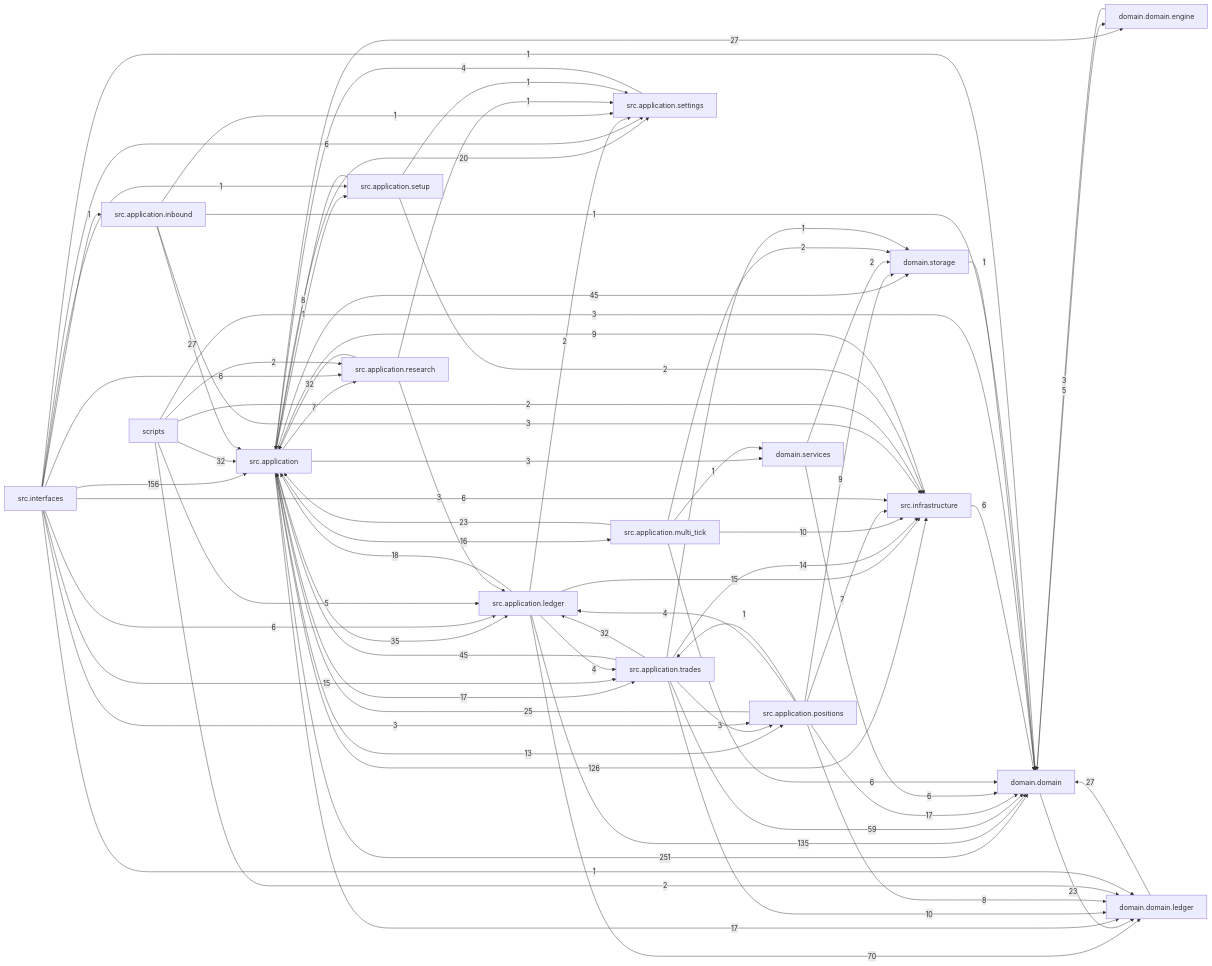
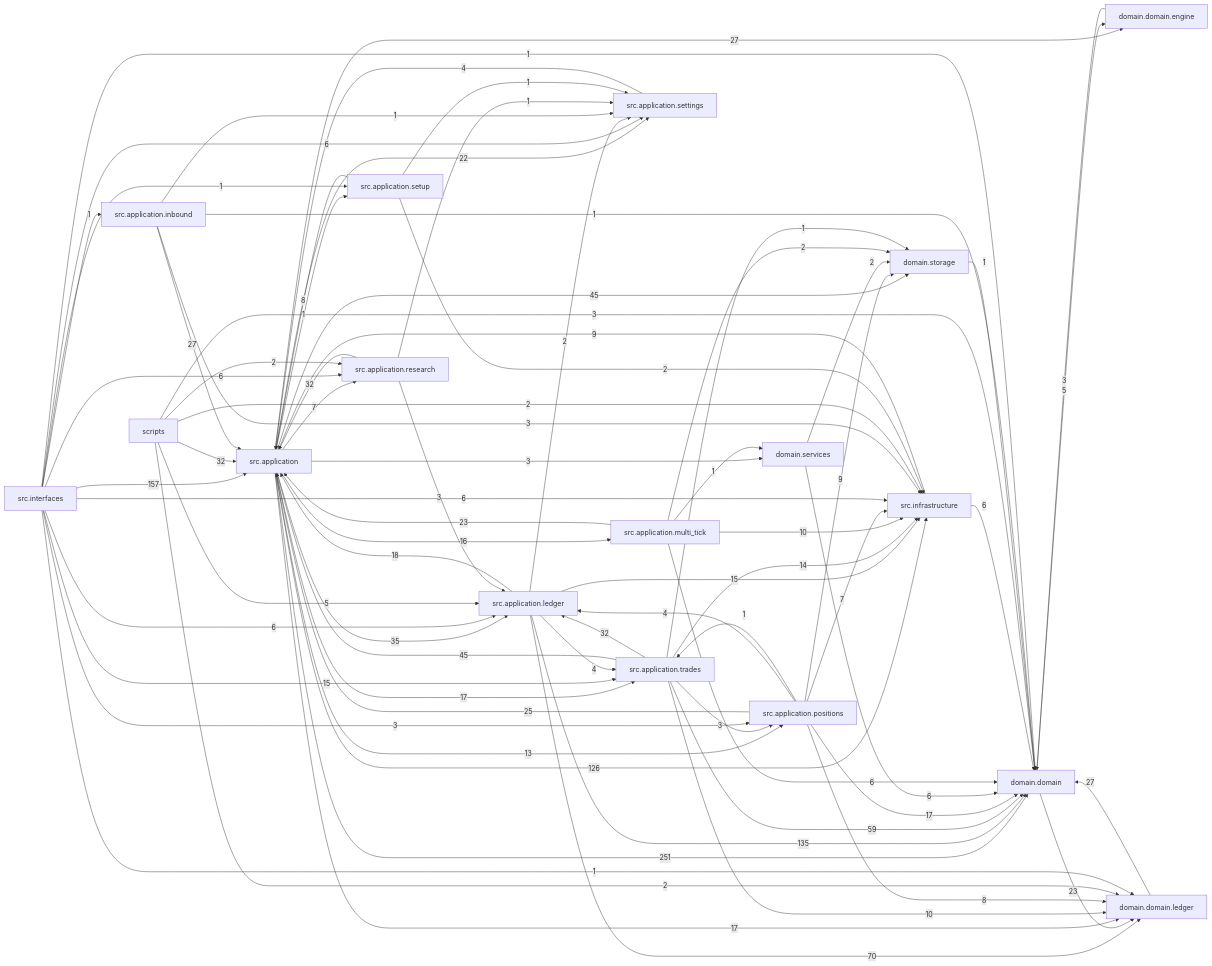
Before and after one commit to liuxie066/options-monitor: the diagram in docs/dependency_graph.mmd, drawn with Mermaid. The commit also changed 22 other files, not shown here.

```diff
--- a/docs/dependency_graph.mmd
+++ b/docs/dependency_graph.mmd
@@ -1,76 +1,76 @@
 flowchart LR
   src_application["src.application"] -->|251| domain_domain["domain.domain"]
-  src_interfaces["src.interfaces"] -->|156| src_application["src.application"]
+  src_interfaces["src.interfaces"] -->|157| src_application["src.application"]
   src_application_ledger["src.application.ledger"] -->|135| domain_domain["domain.domain"]
   src_application["src.application"] -->|126| src_infrastructure["src.infrastructure"]
   src_application_ledger["src.application.ledger"] -->|70| domain_domain_ledger["domain.domain.ledger"]
   src_application_trades["src.application.trades"] -->|59| domain_domain["domain.domain"]
   src_application["src.application"] -->|45| domain_storage["domain.storage"]
   src_application_trades["src.application.trades"] -->|45| src_application["src.application"]
   src_application["src.application"] -->|35| src_application_ledger["src.application.ledger"]
   scripts["scripts"] -->|32| src_application["src.application"]
   src_application_research["src.application.research"] -->|32| src_application["src.application"]
   src_application_trades["src.application.trades"] -->|32| src_application_ledger["src.application.ledger"]
   domain_domain_ledger["domain.domain.ledger"] -->|27| domain_domain["domain.domain"]
   src_application["src.application"] -->|27| domain_domain_engine["domain.domain.engine"]
   src_application_inbound["src.application.inbound"] -->|27| src_application["src.application"]
   src_application_positions["src.application.positions"] -->|25| src_application["src.application"]
   domain_domain["domain.domain"] -->|23| domain_domain_ledger["domain.domain.ledger"]
   src_application_multi_tick["src.application.multi_tick"] -->|23| src_application["src.application"]
-  src_application["src.application"] -->|20| src_application_settings["src.application.settings"]
+  src_application["src.application"] -->|22| src_application_settings["src.application.settings"]
   src_application_ledger["src.application.ledger"] -->|18| src_application["src.application"]
   src_application["src.application"] -->|17| domain_domain_ledger["domain.domain.ledger"]
   src_application["src.application"] -->|17| src_application_trades["src.application.trades"]
   src_application_positions["src.application.positions"] -->|17| domain_domain["domain.domain"]
   src_application["src.application"] -->|16| src_application_multi_tick["src.application.multi_tick"]
   src_application_ledger["src.application.ledger"] -->|15| src_infrastructure["src.infrastructure"]
   src_interfaces["src.interfaces"] -->|15| src_application_trades["src.application.trades"]
   src_application_trades["src.application.trades"] -->|14| src_infrastructure["src.infrastructure"]
   src_application["src.application"] -->|13| src_application_positions["src.application.positions"]
   src_application_multi_tick["src.application.multi_tick"] -->|10| src_infrastructure["src.infrastructure"]
   src_application_trades["src.application.trades"] -->|10| domain_domain_ledger["domain.domain.ledger"]
   src_application_positions["src.application.positions"] -->|9| domain_storage["domain.storage"]
   src_infrastructure["src.infrastructure"] -->|9| src_application["src.application"]
   src_application_positions["src.application.positions"] -->|8| domain_domain_ledger["domain.domain.ledger"]
   src_application_setup["src.application.setup"] -->|8| src_application["src.application"]
   src_application["src.application"] -->|7| src_application_research["src.application.research"]
   src_application_positions["src.application.positions"] -->|7| src_infrastructure["src.infrastructure"]
   domain_services["domain.services"] -->|6| domain_domain["domain.domain"]
   src_application_multi_tick["src.application.multi_tick"] -->|6| domain_domain["domain.domain"]
   src_infrastructure["src.infrastructure"] -->|6| domain_domain["domain.domain"]
   src_interfaces["src.interfaces"] -->|6| src_application_ledger["src.application.ledger"]
   src_interfaces["src.interfaces"] -->|6| src_application_research["src.application.research"]
   src_interfaces["src.interfaces"] -->|6| src_application_settings["src.application.settings"]
   src_interfaces["src.interfaces"] -->|6| src_infrastructure["src.infrastructure"]
   domain_domain["domain.domain"] -->|5| domain_domain_engine["domain.domain.engine"]
   scripts["scripts"] -->|5| src_application_ledger["src.application.ledger"]
   src_application_ledger["src.application.ledger"] -->|4| src_application_trades["src.application.trades"]
   src_application_positions["src.application.positions"] -->|4| src_application_ledger["src.application.ledger"]
   src_application_settings["src.application.settings"] -->|4| src_application["src.application"]
   domain_domain_engine["domain.domain.engine"] -->|3| domain_domain["domain.domain"]
   scripts["scripts"] -->|3| domain_domain["domain.domain"]
   src_application["src.application"] -->|3| domain_services["domain.services"]
   src_application_inbound["src.application.inbound"] -->|3| src_infrastructure["src.infrastructure"]
   src_application_research["src.application.research"] -->|3| src_application_ledger["src.application.ledger"]
   src_application_trades["src.application.trades"] -->|3| src_application_positions["src.application.positions"]
   src_interfaces["src.interfaces"] -->|3| src_application_positions["src.application.positions"]
   domain_services["domain.services"] -->|2| domain_storage["domain.storage"]
   scripts["scripts"] -->|2| domain_domain_ledger["domain.domain.ledger"]
   scripts["scripts"] -->|2| src_application_research["src.application.research"]
   scripts["scripts"] -->|2| src_infrastructure["src.infrastructure"]
   src_application_ledger["src.application.ledger"] -->|2| src_application_settings["src.application.settings"]
   src_application_multi_tick["src.application.multi_tick"] -->|2| domain_storage["domain.storage"]
   src_application_setup["src.application.setup"] -->|2| src_infrastructure["src.infrastructure"]
   domain_storage["domain.storage"] -->|1| domain_domain["domain.domain"]
   src_application["src.application"] -->|1| src_application_setup["src.application.setup"]
   src_application_inbound["src.application.inbound"] -->|1| domain_domain["domain.domain"]
   src_application_inbound["src.application.inbound"] -->|1| src_application_settings["src.application.settings"]
   src_application_multi_tick["src.application.multi_tick"] -->|1| domain_services["domain.services"]
   src_application_positions["src.application.positions"] -->|1| src_application_trades["src.application.trades"]
   src_application_research["src.application.research"] -->|1| src_application_settings["src.application.settings"]
   src_application_setup["src.application.setup"] -->|1| src_application_settings["src.application.settings"]
   src_application_trades["src.application.trades"] -->|1| domain_storage["domain.storage"]
   src_interfaces["src.interfaces"] -->|1| domain_domain["domain.domain"]
   src_interfaces["src.interfaces"] -->|1| domain_domain_ledger["domain.domain.ledger"]
   src_interfaces["src.interfaces"] -->|1| src_application_inbound["src.application.inbound"]
   src_interfaces["src.interfaces"] -->|1| src_application_setup["src.application.setup"]
```
